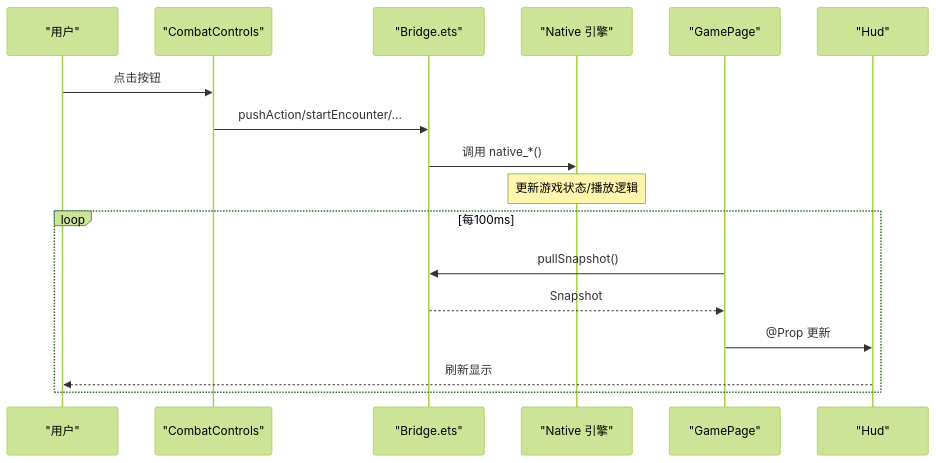
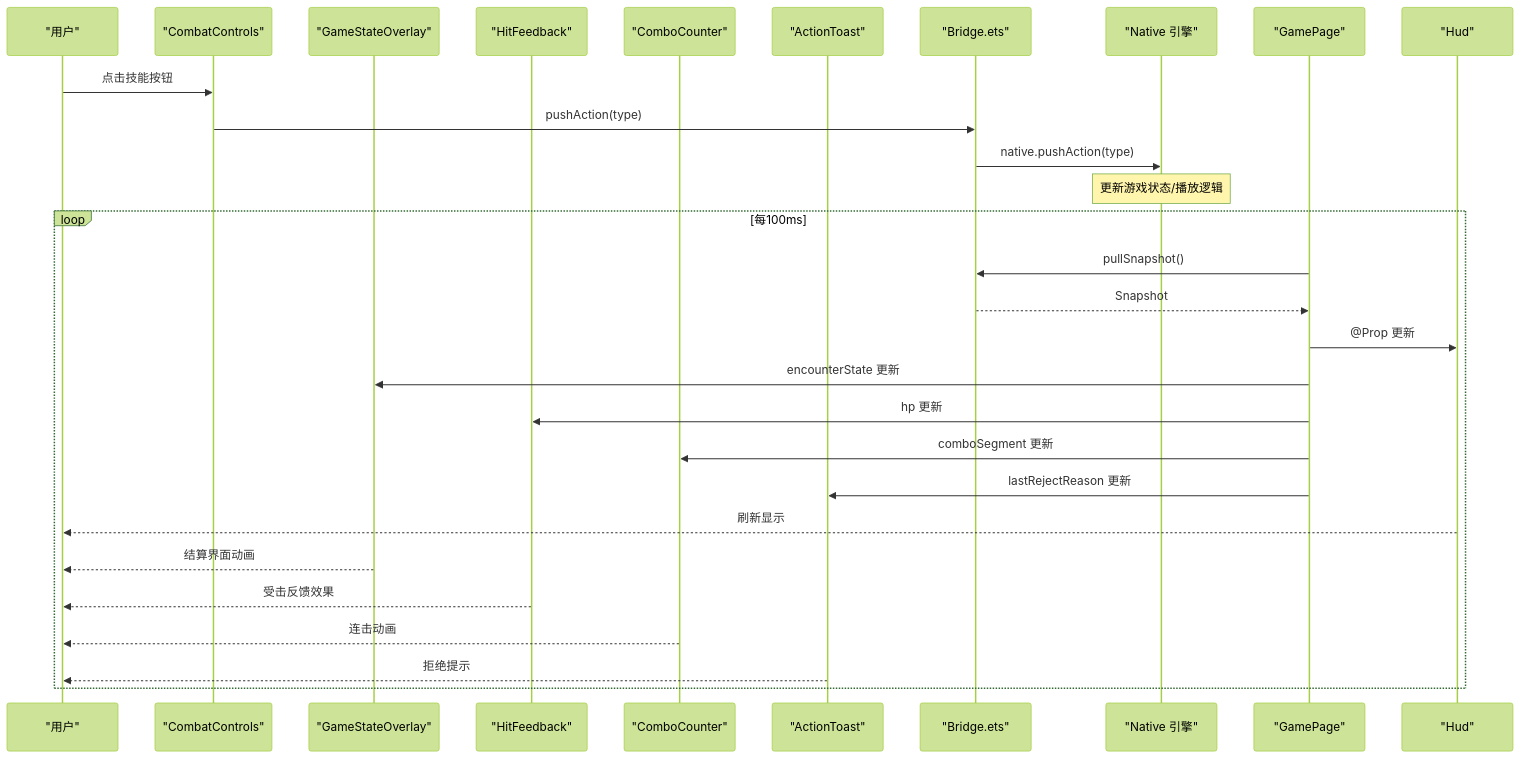
The second of 6 diagrams in .qoder/repowiki/zh/content/前端界面系统/UI 组件系统/UI 组件系统.md (sj123sheng/my-world), drawn with Mermaid (forest theme) before and after one commit. The commit also changed other lines of this file and 160 other files, not shown here.

````diff
--- a/.qoder/repowiki/zh/content/前端界面系统/UI 组件系统/UI 组件系统.md
+++ b/.qoder/repowiki/zh/content/前端界面系统/UI 组件系统/UI 组件系统.md
@@ -86,19 +108,31 @@
 ```mermaid
 sequenceDiagram
 participant U as "用户"
 participant CC as "CombatControls"
+participant GSO as "GameStateOverlay"
+participant HF as "HitFeedback"
+participant CCO as "ComboCounter"
+participant AT as "ActionToast"
 participant BR as "Bridge.ets"
 participant N as "Native 引擎"
 participant GP as "GamePage"
 participant HUD as "Hud"
-U->>CC : 点击按钮
-CC->>BR : pushAction/startEncounter/...
-BR->>N : 调用 native_*()
+U->>CC : 点击技能按钮
+CC->>BR : pushAction(type)
+BR->>N : native.pushAction(type)
 Note over N : 更新游戏状态/播放逻辑
 loop 每100ms
 GP->>BR : pullSnapshot()
 BR-->>GP : Snapshot
 GP->>HUD : @Prop 更新
+GP->>GSO : encounterState 更新
+GP->>HF : hp 更新
+GP->>CCO : comboSegment 更新
+GP->>AT : lastRejectReason 更新
 HUD-->>U : 刷新显示
+GSO-->>U : 结算界面动画
+HF-->>U : 受击反馈效果
+CCO-->>U : 连击动画
+AT-->>U : 拒绝提示
 end
 ```
````
